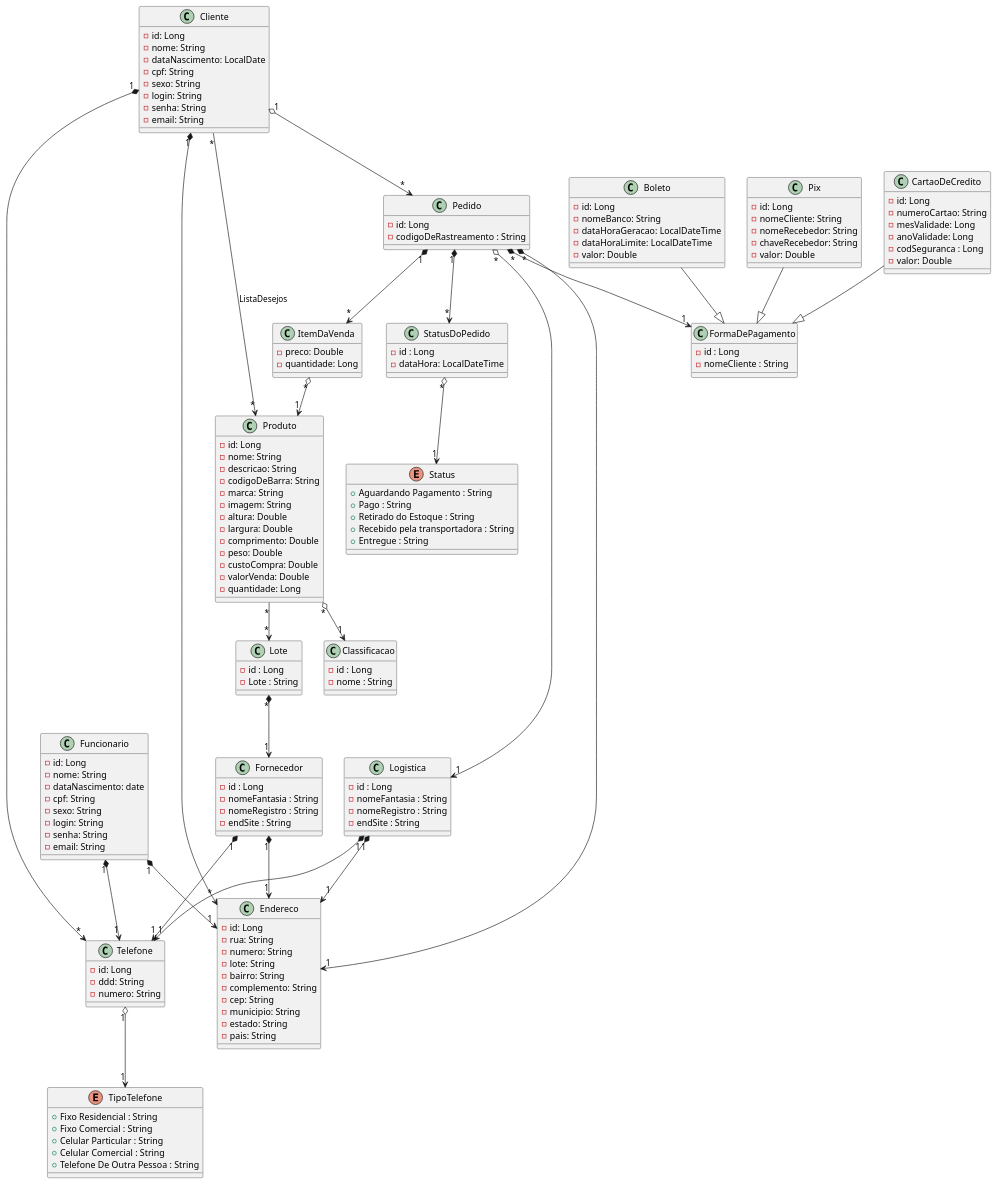
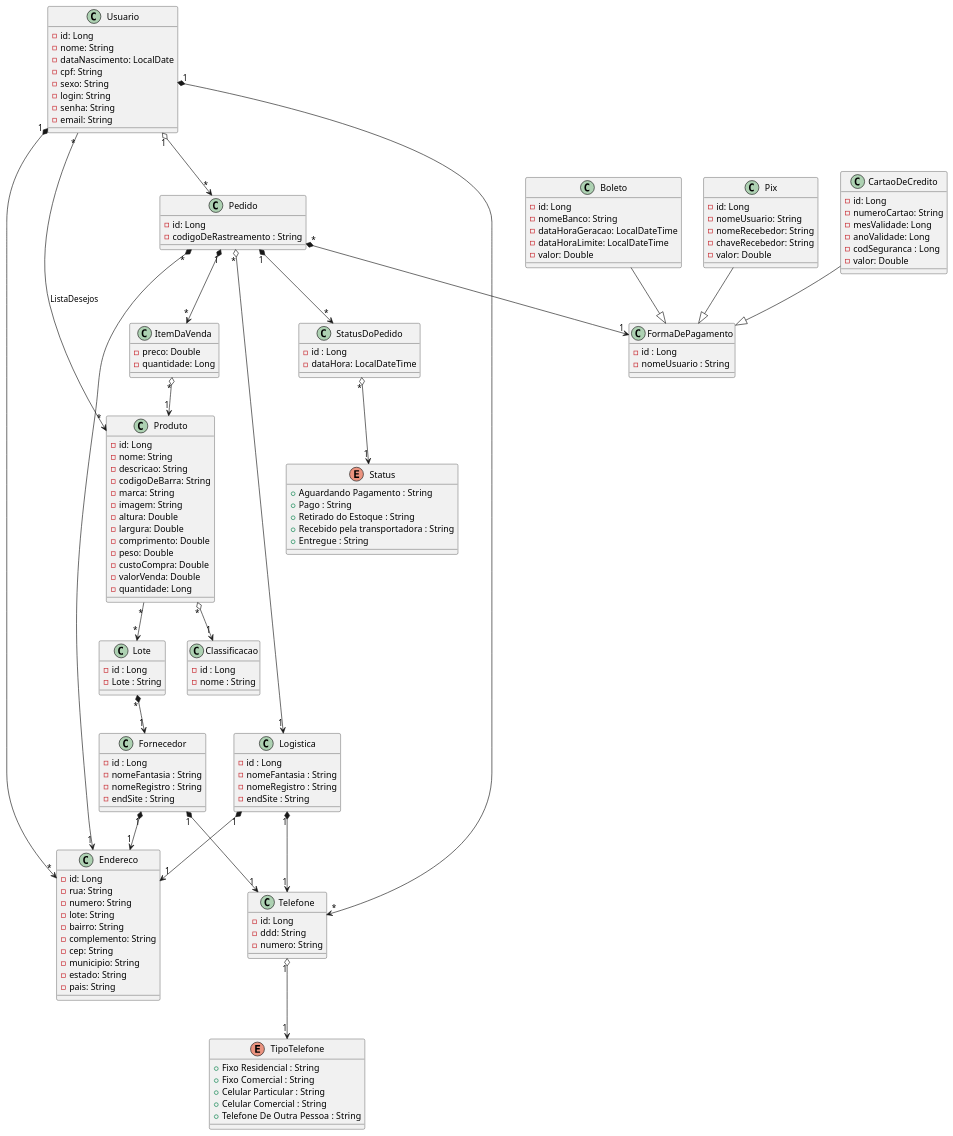
Before and after one commit to danielmariae/hardstop: the diagram in backend/src/desenho.wsd, drawn with PlantUML. The commit also changed 14 other files, not shown here.

```diff
--- a/backend/src/desenho.wsd
+++ b/backend/src/desenho.wsd
@@ -1,170 +1,170 @@
 @startuml Desenho
 
 class Endereco {
     - id: Long
     - rua: String
     - numero: String
     - lote: String
     - bairro: String
     - complemento: String
     - cep: String
     - municipio: String
     - estado: String
     - pais: String
 }
 
 class Telefone {
     - id: Long
     - ddd: String
     - numero: String
 }
 
-class Cliente {
+class Usuario {
     - id: Long
     - nome: String
     - dataNascimento: LocalDate
     - cpf: String
     - sexo: String
     - login: String
     - senha: String
     - email: String
 }
 
-class Funcionario {
-    - id: Long
-    - nome: String
-    - dataNascimento: date
-    - cpf: String
-    - sexo: String
-    - login: String
-    - senha: String
-    - email: String
-}
+' class Funcionario {
+'     - id: Long
+'     - nome: String
+'     - dataNascimento: date
+'     - cpf: String
+'     - sexo: String
+'     - login: String
+'     - senha: String
+'     - email: String
+' }
 
 class Produto {
     - id: Long
     - nome: String
     - descricao: String
     - codigoDeBarra: String
     - marca: String
     - imagem: String
     - altura: Double
     - largura: Double
     - comprimento: Double
     - peso: Double
     - custoCompra: Double
     - valorVenda: Double
     - quantidade: Long
 }
 
 class Lote {
     - id : Long
     - Lote : String
 }
 
 class Pedido {
     - id: Long
     - codigoDeRastreamento : String
 }
 
 class ItemDaVenda {
     - preco: Double
     - quantidade: Long
 }
 
 class Pix {
     - id: Long
-    - nomeCliente: String
+    - nomeUsuario: String
     - nomeRecebedor: String
     - chaveRecebedor: String
     - valor: Double
 }
 
 class CartaoDeCredito {
     - id: Long
     - numeroCartao: String
     - mesValidade: Long
     - anoValidade: Long
     - codSeguranca : Long
     - valor: Double
 }
 
 class Boleto {
     - id: Long
     - nomeBanco: String
     - dataHoraGeracao: LocalDateTime
     - dataHoraLimite: LocalDateTime
     - valor: Double
 }
 
 class FormaDePagamento {
     - id : Long
-    - nomeCliente : String
+    - nomeUsuario : String
 }
 
 enum Status {
     + Aguardando Pagamento : String
     + Pago : String
     + Retirado do Estoque : String
     + Recebido pela transportadora : String
     + Entregue : String
 }
 
 enum TipoTelefone {
     + Fixo Residencial : String
     + Fixo Comercial : String
     + Celular Particular : String
     + Celular Comercial : String
     + Telefone De Outra Pessoa : String
 }
 
 class StatusDoPedido {
     - id : Long
     - dataHora: LocalDateTime
 }
 
 class Logistica {
     - id : Long
     - nomeFantasia : String
     - nomeRegistro : String
     - endSite : String
 }
 
 class Fornecedor {
     - id : Long
     - nomeFantasia : String
     - nomeRegistro : String
     - endSite : String
 }
 
 class Classificacao {
     - id : Long
     - nome : String
 }
 
-Cliente "1" *--> "*" Endereco
-Cliente "1" *--> "*" Telefone
-Funcionario "1" *--> "1" Endereco
-Funcionario "1" *--> "1" Telefone
+Usuario "1" *--> "*" Endereco
+Usuario "1" *--> "*" Telefone
+' Funcionario "1" *--> "1" Endereco
+' Funcionario "1" *--> "1" Telefone
 Pedido "*" *--> "1" Endereco
 Pedido "1" *--> "*" ItemDaVenda
 ItemDaVenda "*" o--> "1" Produto
-Cliente "*" --> "*" Produto : ListaDesejos
+Usuario "*" --> "*" Produto : ListaDesejos
 Pix  --|> FormaDePagamento
 CartaoDeCredito --|> FormaDePagamento
 Boleto --|> FormaDePagamento
 Pedido "1" *--> "*" StatusDoPedido
 StatusDoPedido "*" o--> "1" Status
 Telefone "1" o--> "1" TipoTelefone
-Cliente "1" o--> "*" Pedido
+Usuario "1" o--> "*" Pedido
 Produto "*" o--> "1" Classificacao
 Pedido "*" *--> "1" FormaDePagamento
 Pedido "*" o--> "1" Logistica
 Produto "*" --> "*" Lote
 Lote "*" *--> "1" Fornecedor
 Logistica "1" *--> "1" Endereco
 Logistica "1" *--> "1" Telefone
 Fornecedor "1" *--> "1" Endereco
 Fornecedor "1" *--> "1" Telefone
 
 @enduml
```
